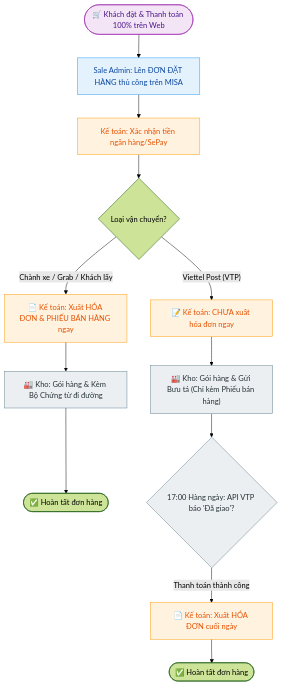
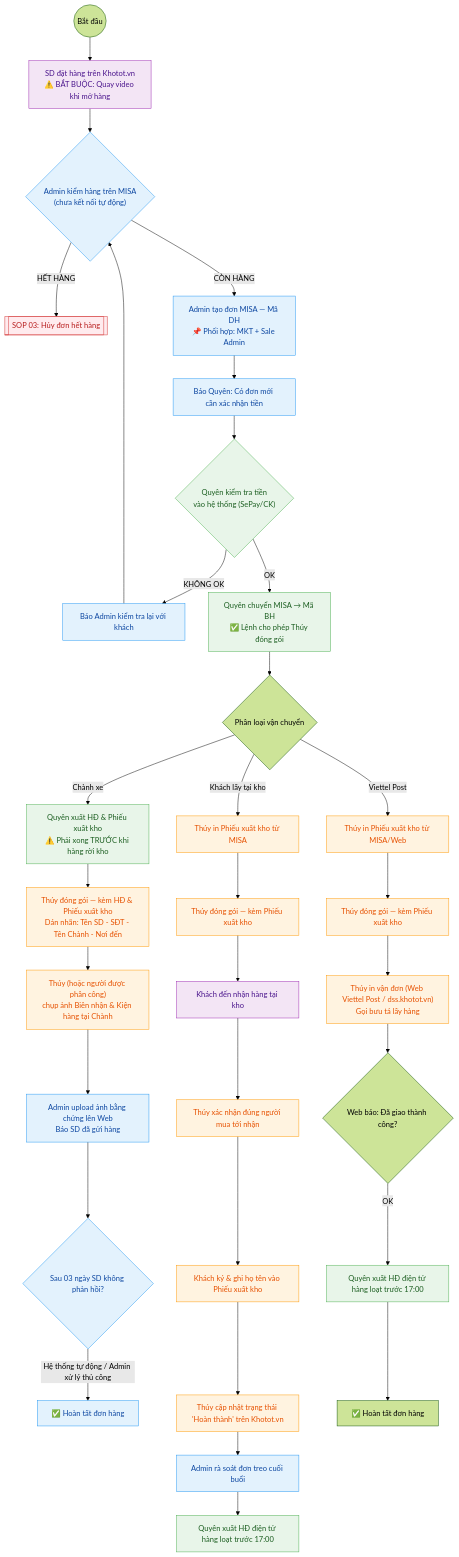
One commit to babaduoc/digitalgarden changed the diagram in src/site/notes/01_TONG_QUAN_LY_DU_AN/2_PHONG_VAN_HANH/SOP_2.10.2_Quy_Trinh_Van_Hanh_Web_Thuc_Te.md. Above: the diagram before and after it, drawn with Mermaid (forest theme). The commit also changed other lines of this file and 9 other files, not shown here.

````diff
--- a/src/site/notes/01_TONG_QUAN_LY_DU_AN/2_PHONG_VAN_HANH/SOP_2.10.2_Quy_Trinh_Van_Hanh_Web_Thuc_Te.md
+++ b/src/site/notes/01_TONG_QUAN_LY_DU_AN/2_PHONG_VAN_HANH/SOP_2.10.2_Quy_Trinh_Van_Hanh_Web_Thuc_Te.md
@@ -24,33 +49,53 @@
 ```mermaid
 graph TD
-    %% Định nghĩa Màu sắc %%
-    classDef client fill:#F3E5F5,stroke:#9C27B0,color:#4A148C;
-    classDef sa fill:#E3F2FD,stroke:#2196F3,color:#0D47A1;
-    classDef kt fill:#FFF3E0,stroke:#FF9800,color:#E65100;
-    classDef shipment fill:#ECEFF1,stroke:#607D8B,color:#263238;
+    classDef sd fill:#F3E5F5,stroke:#9C27B0,color:#4A148C;
+    classDef admin fill:#E3F2FD,stroke:#2196F3,color:#0D47A1;
+    classDef acc fill:#E8F5E9,stroke:#4CAF50,color:#1B5E20;
+    classDef kho fill:#FFF3E0,stroke:#FF9800,color:#E65100;
+    classDef error fill:#FFEBEE,stroke:#D32F2F,color:#B71C1C;
 
-    %% Luồng chính %%
-    START([🛒 Khách đặt & Thanh toán 100% trên Web]) --> SA_MISA[Sale Admin: Lên ĐƠN ĐẶT HÀNG thủ công trên MISA]
-    
-    SA_MISA --> KT_CHECK[Kế toán: Xác nhận tiền ngân hàng/SePay]
-    
-    KT_CHECK --> SHIP_TYPE{Loại vận chuyển?}
+    Start((Bắt đầu)) --> SD_Order["SD đặt hàng trên Khotot.vn<br/>⚠️ BẮT BUỘC: Quay video khi mở hàng"]
 
-    %% Nhánh 1: Xuất Hóa đơn TRƯỚC khi giao %%
-    SHIP_TYPE -->|"Chành xe / Grab / Khách lấy"| KT_INV_NOW["📄 Kế toán: Xuất HÓA ĐƠN & PHIẾU BÁN HÀNG ngay"]
-    KT_INV_NOW --> KHO_SHIP_1["🏭 Kho: Gói hàng & Kèm Bộ Chứng từ đi đường"]
-    KHO_SHIP_1 --> DONE_1([✅ Hoàn tất đơn hàng])
+    SD_Order --> Admin_Check{"Admin kiểm hàng trên MISA<br/>(chưa kết nối tự động)"}
+    Admin_Check -- "HẾT HÀNG" --> OutOfStock[["SOP 03: Hủy đơn hết hàng"]]
+    Admin_Check -- "CÒN HÀNG" --> Admin_DH["Admin tạo đơn MISA — Mã DH<br/>📌 Phối hợp: MKT + Sale Admin"]
+    Admin_DH --> Notify_Quyen["Báo Quyên: Có đơn mới cần xác nhận tiền"]
 
-    %% Nhánh 2: Xuất Hóa đơn SAU khi giao %%
-    SHIP_TYPE -->|"Viettel Post (VTP)"| KT_INV_LATER["📝 Kế toán: CHƯA xuất hóa đơn ngay"]
-    KT_INV_LATER --> KHO_SHIP_2["🏭 Kho: Gói hàng & Gửi Bưu tá (Chỉ kèm Phiếu bán hàng)"]
-    KHO_SHIP_2 --> API_CHECK{17:00 Hàng ngày: API VTP báo 'Đã giao'?}
-    API_CHECK -->|Thanh toán thành công| KT_INV_VTP["📄 Kế toán: Xuất HÓA ĐƠN cuối ngày"]
-    KT_INV_VTP --> DONE_2([✅ Hoàn tất đơn hàng])
+    Notify_Quyen --> Quyen_Check{"Quyên kiểm tra tiền<br/>vào hệ thống (SePay/CK)"}
+    Quyen_Check -- "KHÔNG OK" --> Quyen_Reject["Báo Admin kiểm tra lại với khách"]
+    Quyen_Reject --> Admin_Check
+    Quyen_Check -- "OK" --> Quyen_BH["Quyên chuyển MISA → Mã BH<br/>✅ Lệnh cho phép Thúy đóng gói"]
+    Quyen_BH --> Ship_Type{"Phân loại vận chuyển"}
 
-    %% Gán class %%
-    class START client;
-    class SA_MISA sa;
-    class KT_CHECK,KT_INV_NOW,KT_INV_LATER,KT_INV_VTP kt;
-    class KHO_SHIP_1,KHO_SHIP_2,API_CHECK shipment;
+    %% Nhánh Chành xe %%
+    Ship_Type -- "Chành xe" --> Quyen_Inv1["Quyên xuất HĐ & Phiếu xuất kho<br/>⚠️ Phải xong TRƯỚC khi hàng rời kho"]
+    Quyen_Inv1 --> Thuy_Pack1["Thúy đóng gói — kèm HĐ & Phiếu xuất kho<br/>Dán nhãn: Tên SD - SĐT - Tên Chành - Nơi đến"]
+    Thuy_Pack1 --> Thuy_Chanh["Thúy (hoặc người được phân công)<br/>chụp ảnh Biên nhận & Kiện hàng tại Chành"]
+    Thuy_Chanh --> Admin_Upload["Admin upload ảnh bằng chứng lên Web<br/>Báo SD đã gửi hàng"]
+    Admin_Upload --> Rule3D{"Sau 03 ngày SD không phản hồi?"}
+    Rule3D -- "Hệ thống tự động / Admin xử lý thủ công" --> Done1["✅ Hoàn tất đơn hàng"]
+
+    %% Nhánh Khách lấy tại kho %%
+    Ship_Type -- "Khách lấy tại kho" --> Thuy_Print2["Thúy in Phiếu xuất kho từ MISA"]
+    Thuy_Print2 --> Thuy_Pack2["Thúy đóng gói — kèm Phiếu xuất kho"]
+    Thuy_Pack2 --> SD_Pick["Khách đến nhận hàng tại kho"]
+    SD_Pick --> Thuy_Verify["Thúy xác nhận đúng người mua tới nhận"]
+    Thuy_Verify --> SD_Sign["Khách ký & ghi họ tên vào Phiếu xuất kho"]
+    SD_Sign --> Thuy_Web["Thúy cập nhật trạng thái 'Hoàn thành' trên Khotot.vn"]
+    Thuy_Web --> Admin_Soat["Admin rà soát đơn treo cuối buổi"]
+    Admin_Soat --> Quyen_Inv2["Quyên xuất HĐ điện tử hàng loạt trước 17:00"]
+
+    %% Nhánh Viettel Post %%
+    Ship_Type -- "Viettel Post" --> Thuy_Print3["Thúy in Phiếu xuất kho từ MISA/Web"]
+    Thuy_Print3 --> Thuy_Pack3["Thúy đóng gói — kèm Phiếu xuất kho"]
+    Thuy_Pack3 --> Thuy_VT["Thúy in vận đơn (Web Viettel Post / dss.khotot.vn)<br/>Gọi bưu tá lấy hàng"]
+    Thuy_VT --> API_Check{"Web báo: Đã giao thành công?"}
+    API_Check -- "OK" --> Quyen_Inv3["Quyên xuất HĐ điện tử hàng loạt trước 17:00"]
+    Quyen_Inv3 --> Done3["✅ Hoàn tất đơn hàng"]
+
+    class SD_Order,SD_Pick sd;
+    class Admin_Check,Admin_DH,Notify_Quyen,Quyen_Reject,Admin_Upload,Admin_Soat,Rule3D,Done1 admin;
+    class Quyen_Check,Quyen_BH,Quyen_Inv1,Quyen_Inv2,Quyen_Inv3 acc;
+    class Thuy_Pack1,Thuy_Pack2,Thuy_Pack3,Thuy_Chanh,Thuy_Print2,Thuy_Print3,Thuy_Verify,SD_Sign,Thuy_Web,Thuy_VT kho;
+    class OutOfStock error;
 ```
````
